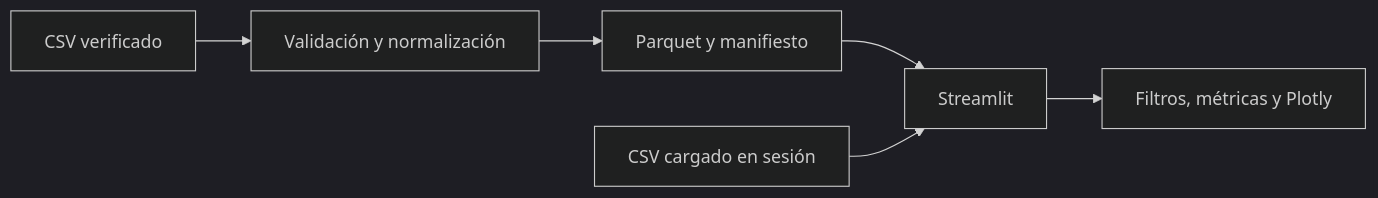
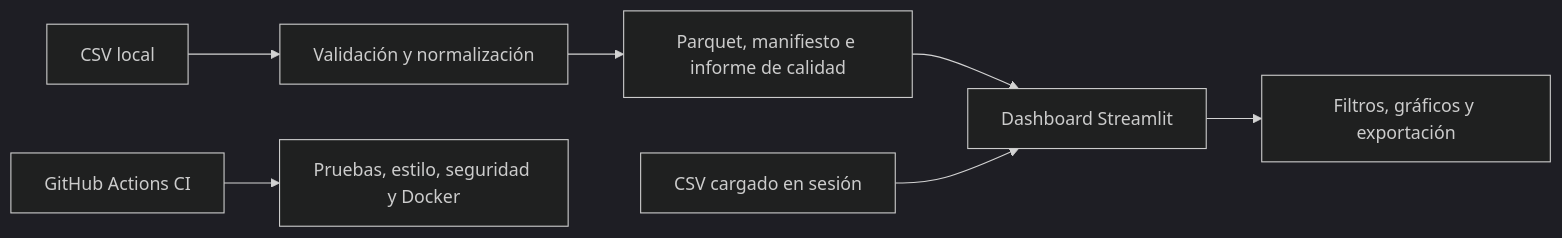
The diagram in README.md (Kiara1616/FuelScope), drawn with Mermaid (dark theme) before and after one commit. The commit also changed other lines of this file, not shown here.

````diff
--- a/README.md
+++ b/README.md
@@ -33,8 +30,9 @@
 ```mermaid
 flowchart LR
-    A[CSV verificado] --> B[Validación y normalización]
-    B --> C[Parquet y manifiesto]
-    C --> D[Streamlit]
+    A[CSV local] --> B[Validación y normalización]
+    B --> C[Parquet, manifiesto e informe de calidad]
+    C --> D[Dashboard Streamlit]
     E[CSV cargado en sesión] --> D
-    D --> F[Filtros, métricas y Plotly]
+    D --> F[Filtros, gráficos y exportación]
+    G[GitHub Actions CI] --> H[Pruebas, estilo, seguridad y Docker]
 ```
````
